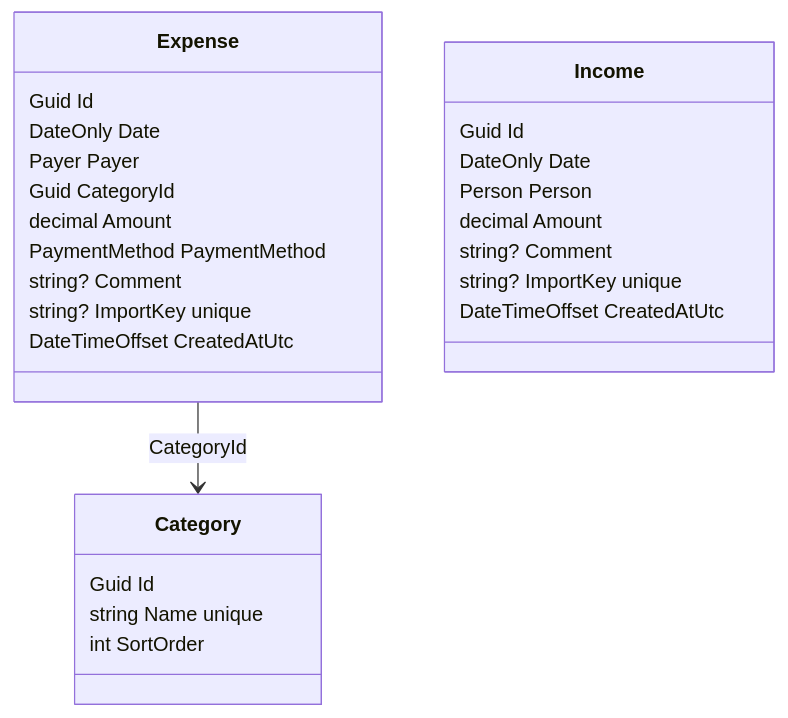
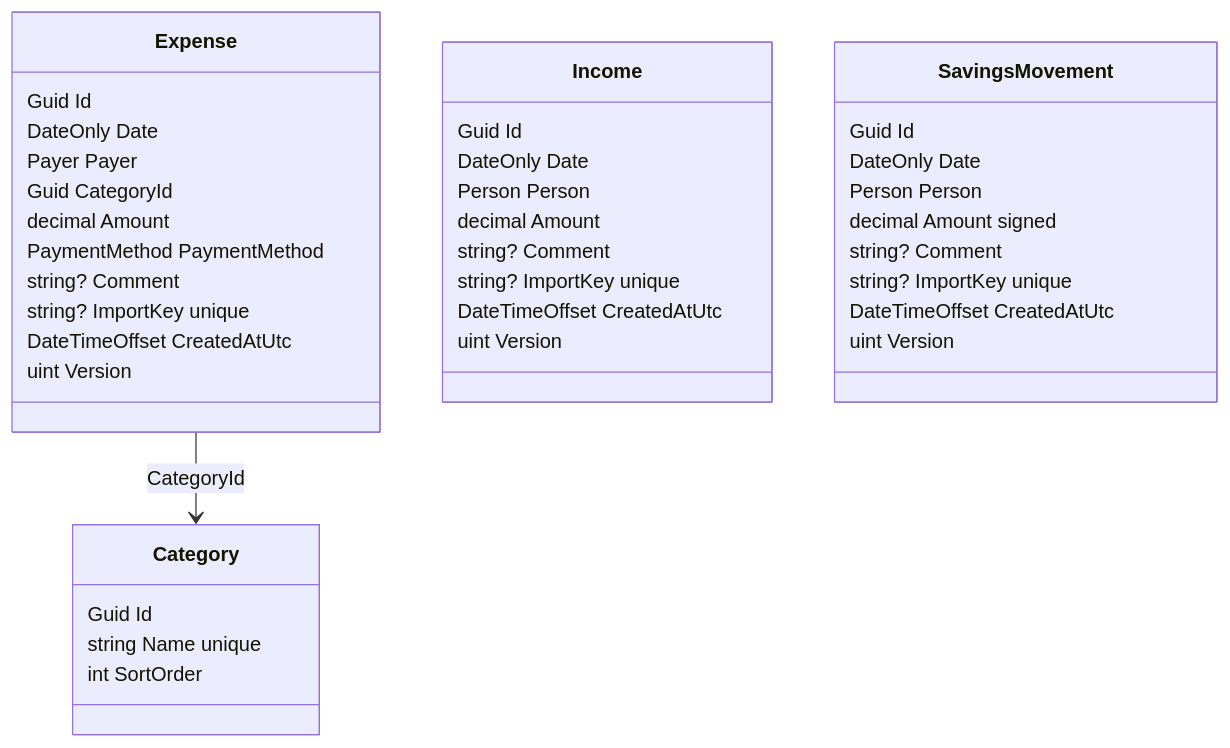
One commit to Weretik/home-app changed the diagram in api/docs/modules/expenses.md. Above: the diagram before and after it, drawn with Mermaid. The commit also changed other lines of this file and 160 other files, not shown here.

````diff
--- a/api/docs/modules/expenses.md
+++ b/api/docs/modules/expenses.md
@@ -12,29 +13,41 @@
 ```mermaid
 classDiagram
     class Category {
         Guid Id
         string Name  unique
         int SortOrder
     }
     class Expense {
         Guid Id
         DateOnly Date
         Payer Payer
         Guid CategoryId
         decimal Amount
         PaymentMethod PaymentMethod
         string? Comment
         string? ImportKey  unique
         DateTimeOffset CreatedAtUtc
+        uint Version
     }
     class Income {
         Guid Id
         DateOnly Date
         Person Person
         decimal Amount
         string? Comment
         string? ImportKey  unique
         DateTimeOffset CreatedAtUtc
+        uint Version
+    }
+    class SavingsMovement {
+        Guid Id
+        DateOnly Date
+        Person Person
+        decimal Amount  signed
+        string? Comment
+        string? ImportKey  unique
+        DateTimeOffset CreatedAtUtc
+        uint Version
     }
     Expense --> Category : CategoryId
 ```
````
